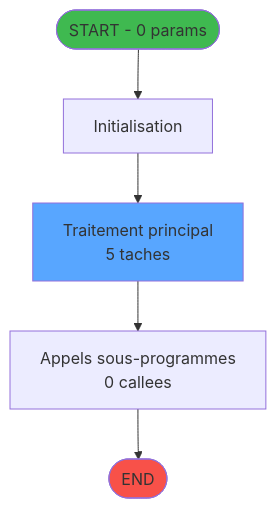
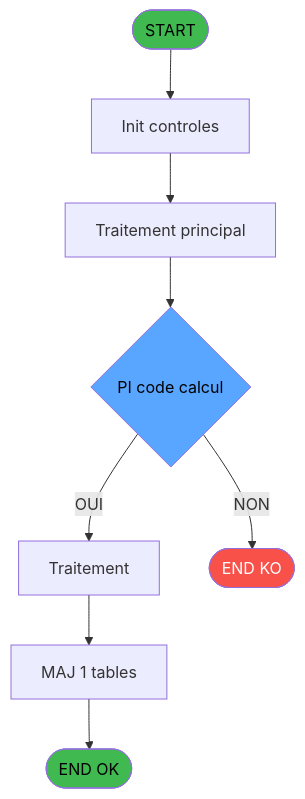
Before and after one commit to thonyAGP/magic-migration: the first of 3 diagrams in .openspec/specs/ADH-IDE-116.md, drawn with Mermaid. The commit also changed other lines of this file and 493 other files, not shown here.

````diff
--- a/.openspec/specs/ADH-IDE-116.md
+++ b/.openspec/specs/ADH-IDE-116.md
@@ -86,14 +100,21 @@
 ```mermaid
 flowchart TD
-    START([START - 0 params])
-    INIT["Initialisation"]
-    PROCESS["Traitement principal<br/>5 taches"]
-    CALLS["Appels sous-programmes<br/>0 callees"]
-    ENDOK([END])
+    START([START])
+    INIT[Init controles]
+    SAISIE[Traitement principal]
+    DECISION{PI code calcul}
+    PROCESS[Traitement]
+    UPDATE[MAJ 1 tables]
+    ENDOK([END OK])
+    ENDKO([END KO])
 
-    START --> INIT --> PROCESS --> CALLS --> ENDOK
+    START --> INIT --> SAISIE --> DECISION
+    DECISION -->|OUI| PROCESS
+    DECISION -->|NON| ENDKO
+    PROCESS --> UPDATE --> ENDOK
 
-    style START fill:#3fb950
-    style ENDOK fill:#f85149
-    style PROCESS fill:#58a6ff
+    style START fill:#3fb950,color:#000
+    style ENDOK fill:#3fb950,color:#000
+    style ENDKO fill:#f85149,color:#fff
+    style DECISION fill:#58a6ff,color:#000
 ```
````
